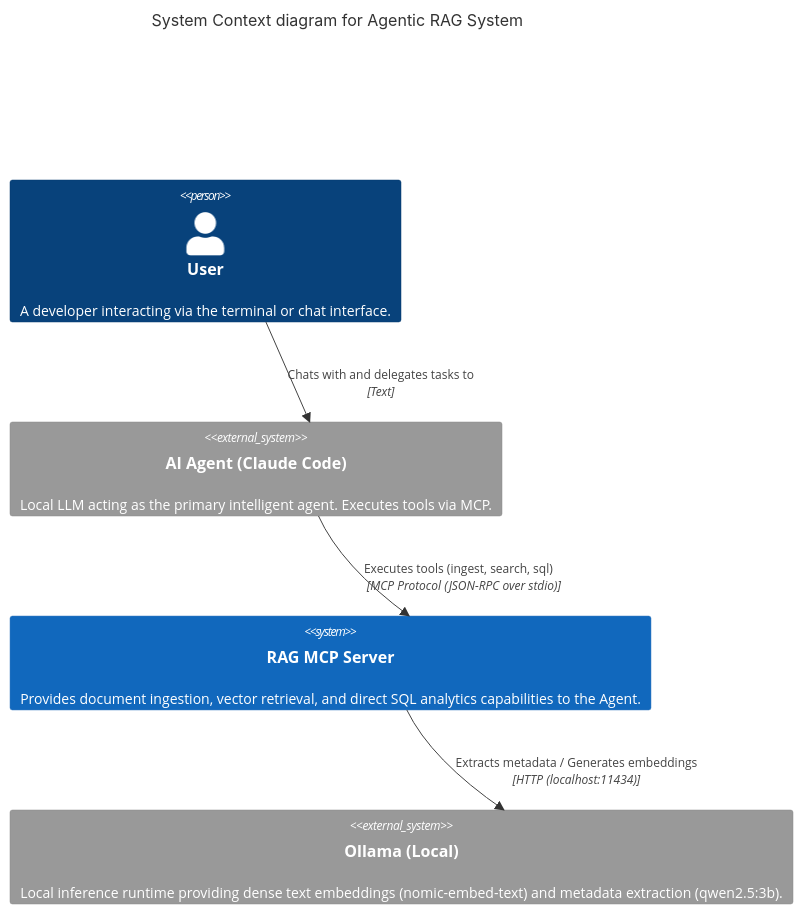
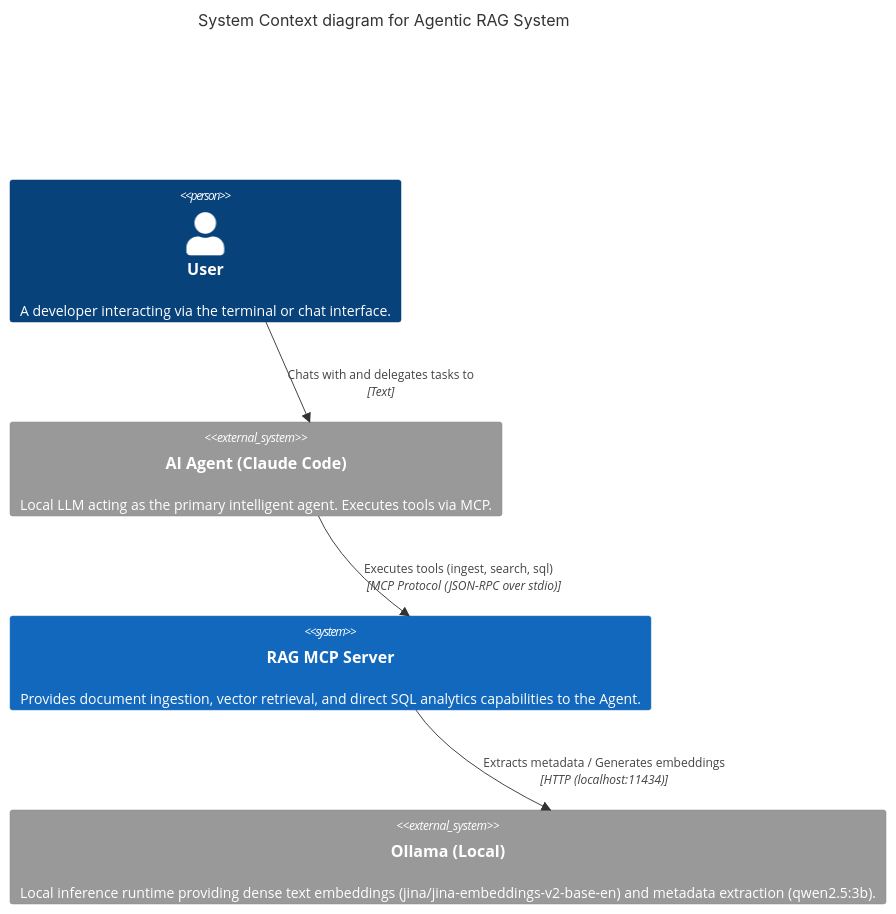
Before and after one commit to salehloke/claude-code-agentic-rag-masterclass: the first of 4 diagrams in docs/architecture.md, drawn with Mermaid. The commit also changed other lines of this file and 32 other files, not shown here.

````diff
--- a/docs/architecture.md
+++ b/docs/architecture.md
@@ -11,16 +11,16 @@
 ```mermaid
 C4Context
     title System Context diagram for Agentic RAG System
 
     Person(user, "User", "A developer interacting via the terminal or chat interface.")
     
     System_Ext(agent, "AI Agent (Claude Code)", "Local LLM acting as the primary intelligent agent. Executes tools via MCP.")
 
     System(rag, "RAG MCP Server", "Provides document ingestion, vector retrieval, and direct SQL analytics capabilities to the Agent.")
 
-    System_Ext(ollama, "Ollama (Local)", "Local inference runtime providing dense text embeddings (nomic-embed-text) and metadata extraction (qwen2.5:3b).")
+    System_Ext(ollama, "Ollama (Local)", "Local inference runtime providing dense text embeddings (jina/jina-embeddings-v2-base-en) and metadata extraction (qwen2.5:3b).")
 
     Rel(user, agent, "Chats with and delegates tasks to", "Text")
     Rel(agent, rag, "Executes tools (ingest, search, sql)", "MCP Protocol (JSON-RPC over stdio)")
     Rel(rag, ollama, "Extracts metadata / Generates embeddings", "HTTP (localhost:11434)")
 ```
````
